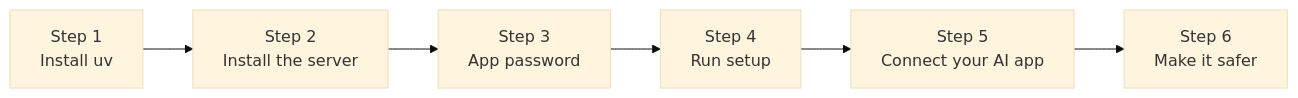
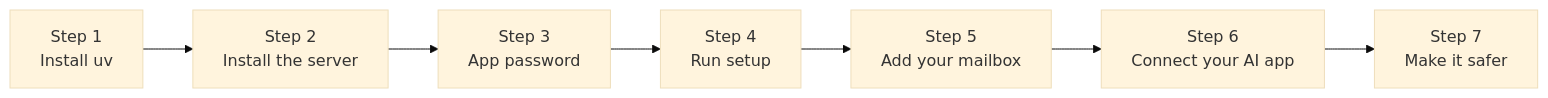
One commit to Self-hosted-MCP/Selfhost-Remote-Mail-MCP changed the diagram in docs/setup-computer.md. Above: the diagram before and after it, drawn with Mermaid (base theme). The commit also changed other lines of this file and 43 other files, not shown here.

````diff
--- a/docs/setup-computer.md
+++ b/docs/setup-computer.md
@@ -5,5 +5,5 @@
 ```mermaid
 flowchart LR
     A["Step 1<br/>Install uv"] --> B["Step 2<br/>Install the server"] --> C["Step 3<br/>App password"]
-    C --> D["Step 4<br/>Run setup"] --> E["Step 5<br/>Connect your AI app"] --> F["Step 6<br/>Make it safer"]
+    C --> D["Step 4<br/>Run setup"] --> E["Step 5<br/>Add your mailbox"] --> F["Step 6<br/>Connect your AI app"] --> G["Step 7<br/>Make it safer"]
 ```
````
